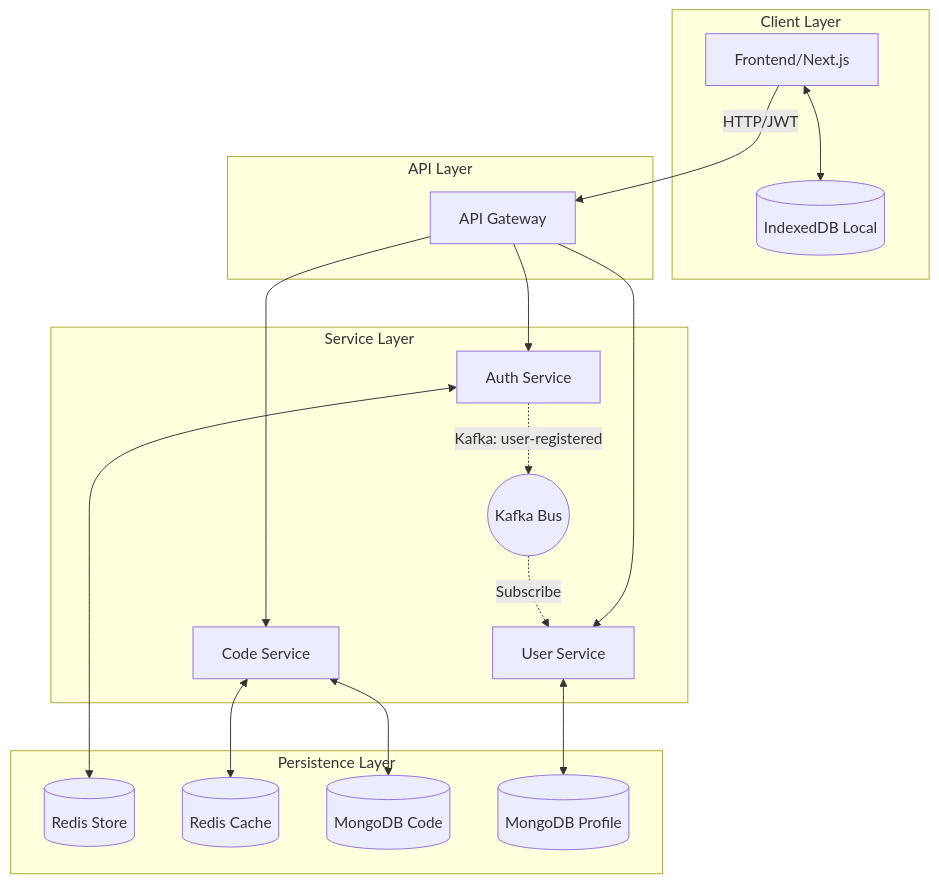
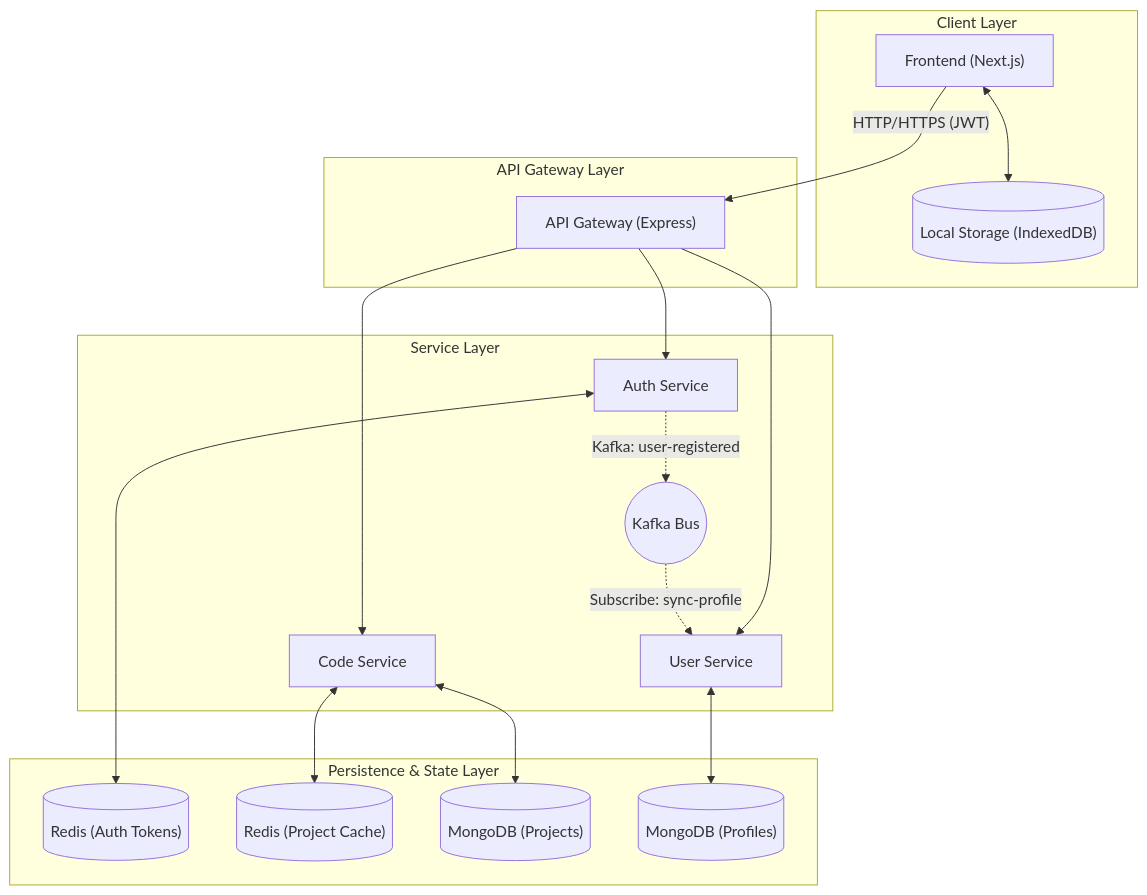
Before and after one commit to sayanChaterjee/browser-editor: the diagram in README.md, drawn with Mermaid. The commit also changed other lines of this file and 40 other files, not shown here.

Commit message:
moving to distributed architecture

````diff
--- a/README.md
+++ b/README.md
@@ -20,29 +20,29 @@
 ```mermaid
 graph TD
     subgraph Client Layer
-        Browser[Frontend/Next.js]
-        IDB[(IndexedDB Local)]
+        Browser["Frontend (Next.js)"]
+        IDB[("Local Storage (IndexedDB)")]
         Browser <--> IDB
     end
 
-    subgraph API Layer
-        Gateway[API Gateway]
-        Browser -->|HTTP/JWT| Gateway
+    subgraph API Gateway Layer
+        Gateway["API Gateway (Express)"]
+        Browser -->|"HTTP/HTTPS (JWT)"| Gateway
     end
 
     subgraph Service Layer
-        Gateway --> Auth[Auth Service]
-        Gateway --> User[User Service]
-        Gateway --> Code[Code Service]
+        Gateway --> Auth["Auth Service"]
+        Gateway --> User["User Service"]
+        Gateway --> Code["Code Service"]
         
-        Auth -.->|Kafka: user-registered| Kafka((Kafka Bus))
-        Kafka -.->|Subscribe| User
+        Auth -.->|"Kafka: user-registered"| Kafka(("Kafka Bus"))
+        Kafka -.->|"Subscribe: sync-profile"| User
     end
 
-    subgraph Persistence Layer
-        Auth <--> RedisSession[(Redis Store)]
-        Code <--> RedisCache[(Redis Cache)]
-        Code <--> CodeDB[(MongoDB Code)]
-        User <--> UserDB[(MongoDB Profile)]
+    subgraph Persistence & State Layer
+        Auth <--> RedisSession[("Redis (Auth Tokens)")]
+        Code <--> RedisCache[("Redis (Project Cache)")]
+        Code <--> CodeDB[("MongoDB (Projects)")]
+        User <--> UserDB[("MongoDB (Profiles)")]
     end
 ```
````
